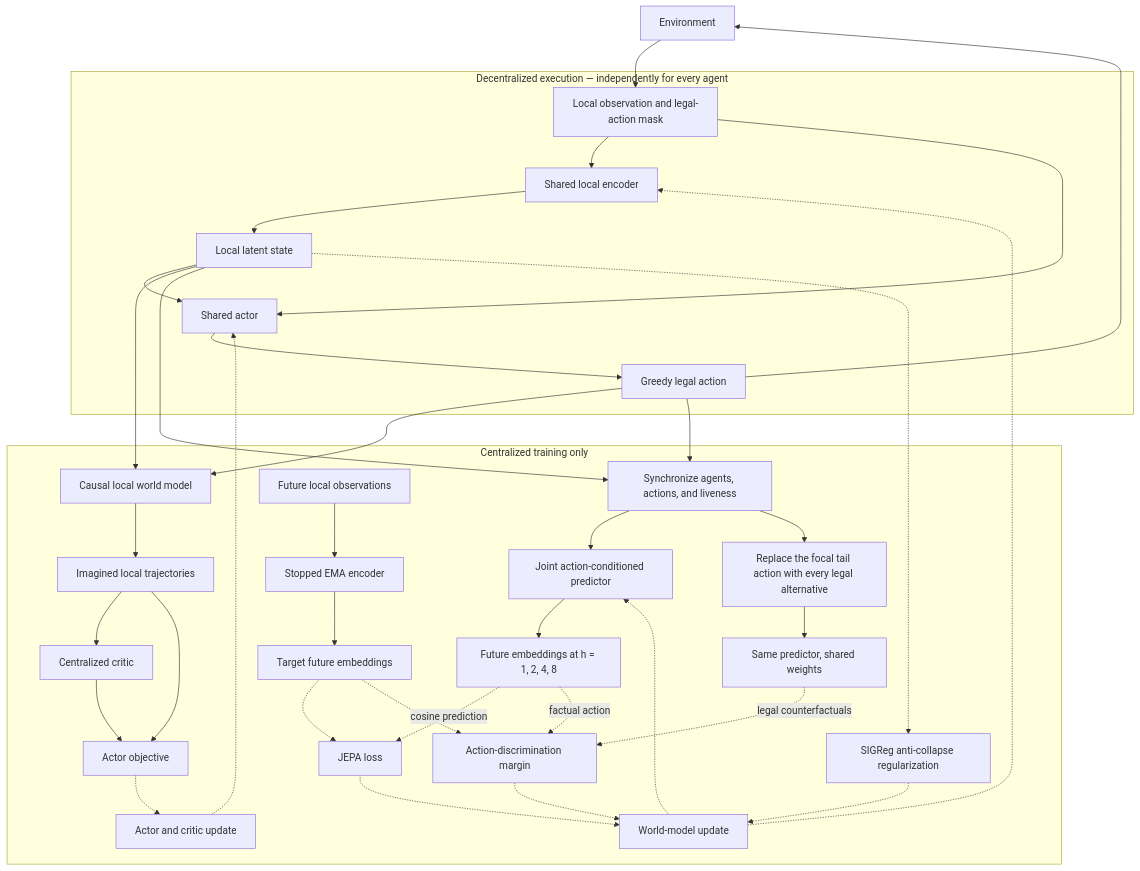
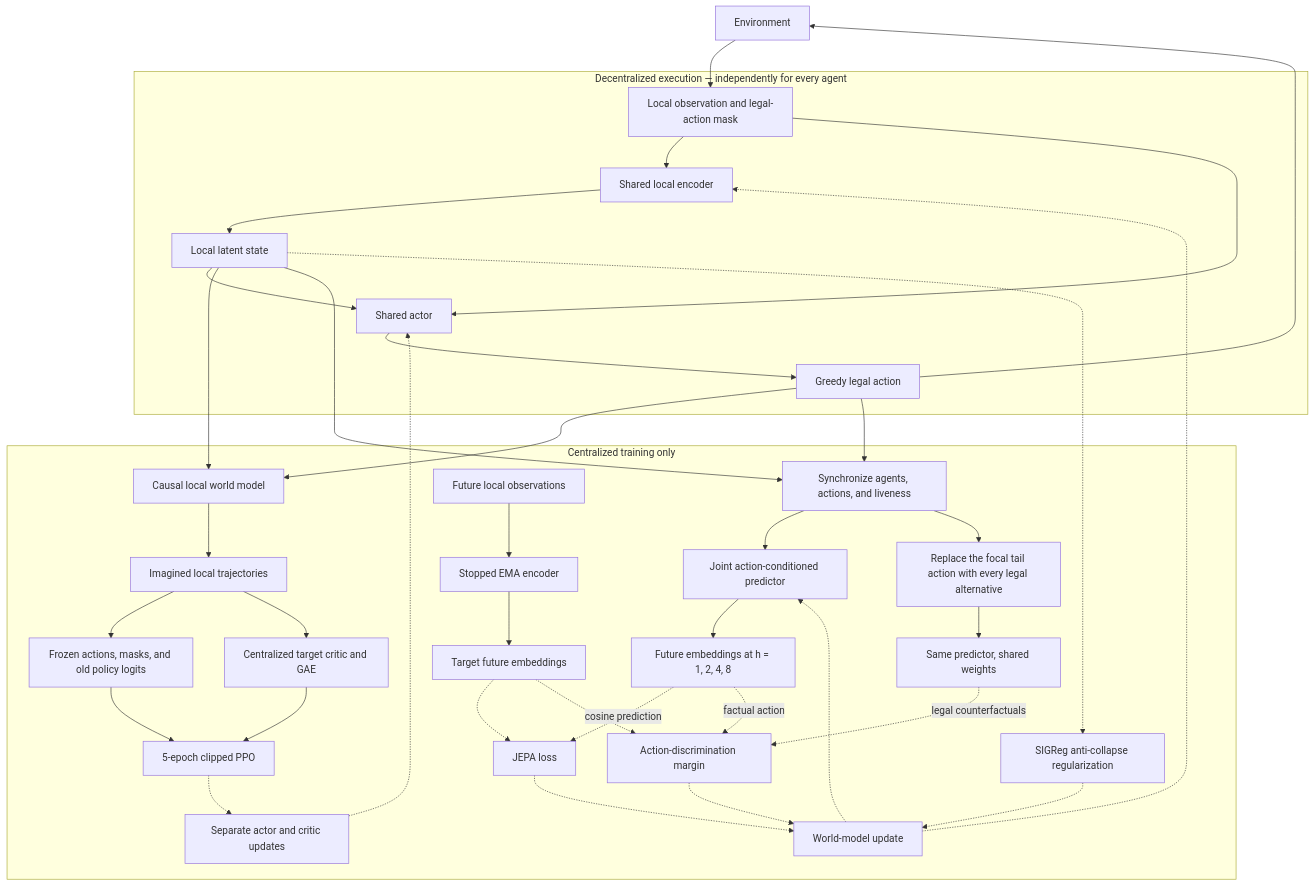
One commit to bkaplowitz/wm-marl changed the diagram in README.md. Above: the diagram before and after it, drawn with Mermaid. The commit also changed other lines of this file and 14 other files, not shown here.

````diff
--- a/README.md
+++ b/README.md
@@ -11,49 +11,50 @@
 ```mermaid
 flowchart TB
     ENV["Environment"] --> OBS["Local observation and legal-action mask"]
 
     subgraph EXEC["Decentralized execution — independently for every agent"]
         OBS --> ENC["Shared local encoder"]
         ENC --> LAT["Local latent state"]
         LAT --> ACTOR["Shared actor"]
         OBS --> ACTOR
         ACTOR --> ACTION["Greedy legal action"]
     end
 
     ACTION --> ENV
 
     subgraph TRAIN["Centralized training only"]
         LAT --> LOCAL["Causal local world model"]
         ACTION --> LOCAL
         LOCAL --> IMAG["Imagined local trajectories"]
-        IMAG --> CRITIC["Centralized critic"]
-        IMAG --> ACTORLOSS["Actor objective"]
-        CRITIC --> ACTORLOSS
+        IMAG --> SNAPSHOT["Frozen actions, masks, and old policy logits"]
+        IMAG --> CRITIC["Centralized target critic and GAE"]
+        SNAPSHOT --> PPO["5-epoch clipped PPO"]
+        CRITIC --> PPO
 
         LAT --> SYNC["Synchronize agents, actions, and liveness"]
         ACTION --> SYNC
         SYNC --> JOINT["Joint action-conditioned predictor"]
         JOINT --> PRED["Future embeddings at h = 1, 2, 4, 8"]
 
         FUTURE["Future local observations"] --> EMA["Stopped EMA encoder"]
         EMA --> TARGET["Target future embeddings"]
         PRED -.->|cosine prediction| JEPA["JEPA loss"]
         TARGET -.-> JEPA
 
         SYNC --> LEGAL["Replace the focal tail action with every legal alternative"]
         LEGAL --> CFPRED["Same predictor, shared weights"]
         CFPRED -.->|legal counterfactuals| MARGIN["Action-discrimination margin"]
         PRED -.->|factual action| MARGIN
         TARGET -.-> MARGIN
 
         LAT -.-> SIGREG["SIGReg anti-collapse regularization"]
         JEPA -.-> UPDATE["World-model update"]
         MARGIN -.-> UPDATE
         SIGREG -.-> UPDATE
-        ACTORLOSS -.-> POLICYUPDATE["Actor and critic update"]
+        PPO -.-> POLICYUPDATE["Separate actor and critic updates"]
     end
 
     UPDATE -.-> ENC
     UPDATE -.-> JOINT
     POLICYUPDATE -.-> ACTOR
 ```
````
